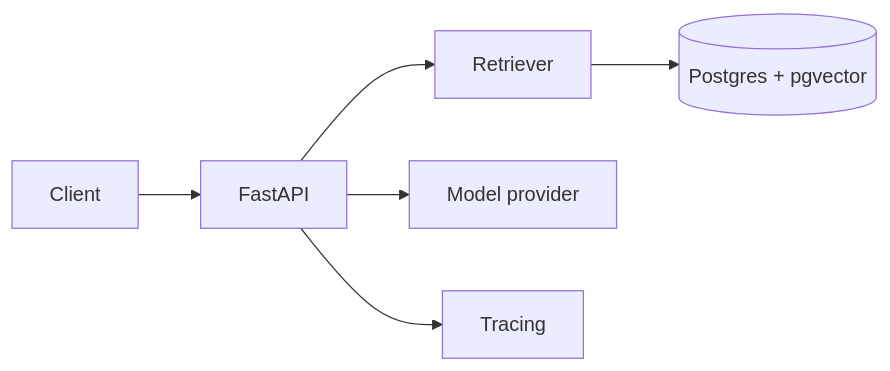
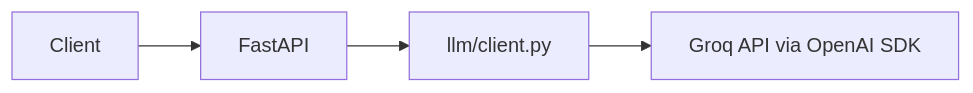
The diagram in README.md (sahilshub/docqa-api), drawn with Mermaid before and after one commit. The commit also changed other lines of this file and 16 other files, not shown here.

````diff
--- a/README.md
+++ b/README.md
@@ -23,8 +42,6 @@
 ```mermaid
 flowchart LR
   Client --> API[FastAPI]
-  API --> Retriever
-  Retriever --> DB[(Postgres + pgvector)]
-  API --> LLM[Model provider]
-  API --> Trace[Tracing]
+  API --> LLM[llm/client.py]
+  LLM --> Groq[Groq API via OpenAI SDK]
 ```
````
